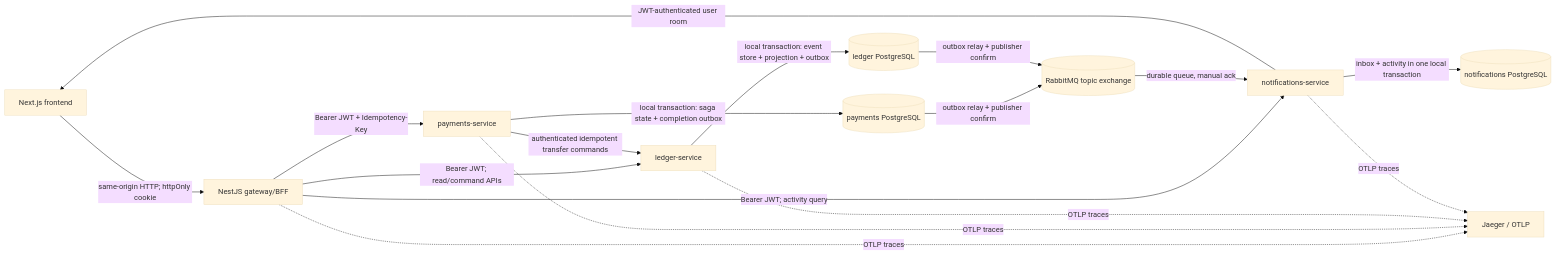
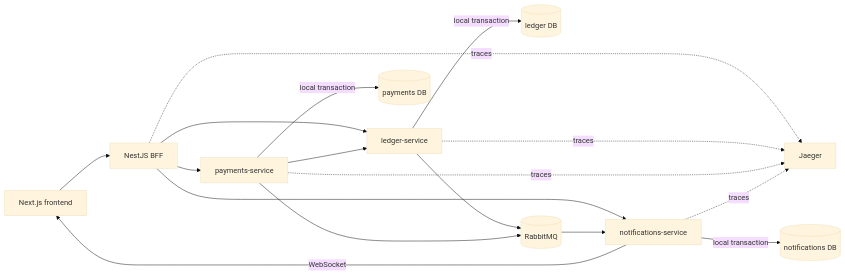
One commit to rekverr/p2p-ledger-starter changed the diagram in README.md. Above: the diagram before and after it, drawn with Mermaid (base theme). The commit also changed other lines of this file, not shown here.

````diff
--- a/README.md
+++ b/README.md
@@ -34,30 +22,22 @@
 ```mermaid
 flowchart LR
-  FE[Next.js frontend]
-  BFF[NestJS gateway/BFF]
-  L[ledger-service]
-  P[payments-service]
-  N[notifications-service]
-  LDB[(ledger PostgreSQL)]
-  PDB[(payments PostgreSQL)]
-  NDB[(notifications PostgreSQL)]
-  RMQ[(RabbitMQ topic exchange)]
-  J[Jaeger / OTLP]
+  FE[Next.js frontend] --> BFF[NestJS BFF]
+  BFF --> L[ledger-service]
+  BFF --> P[payments-service]
+  BFF --> N[notifications-service]
+  P --> L
 
-  FE -->|same-origin HTTP; httpOnly cookie| BFF
-  BFF -->|Bearer JWT; read/command APIs| L
-  BFF -->|Bearer JWT + Idempotency-Key| P
-  BFF -->|Bearer JWT; activity query| N
-  P -->|authenticated idempotent transfer commands| L
-  L -->|local transaction: event store + projection + outbox| LDB
-  P -->|local transaction: saga state + completion outbox| PDB
-  PDB -->|outbox relay + publisher confirm| RMQ
-  N -->|inbox + activity in one local transaction| NDB
-  LDB -->|outbox relay + publisher confirm| RMQ
-  RMQ -->|durable queue, manual ack| N
-  N -->|JWT-authenticated user room| FE
-  BFF -.->|OTLP traces| J
-  P -.->|OTLP traces| J
-  L -.->|OTLP traces| J
-  N -.->|OTLP traces| J
+  L -->|local transaction| LDB[(ledger DB)]
+  P -->|local transaction| PDB[(payments DB)]
+  N -->|local transaction| NDB[(notifications DB)]
+
+  L --> RMQ[(RabbitMQ)]
+  P --> RMQ
+  RMQ --> N
+  N -->|WebSocket| FE
+
+  BFF -. traces .-> J[Jaeger]
+  L -. traces .-> J
+  P -. traces .-> J
+  N -. traces .-> J
 ```
````
